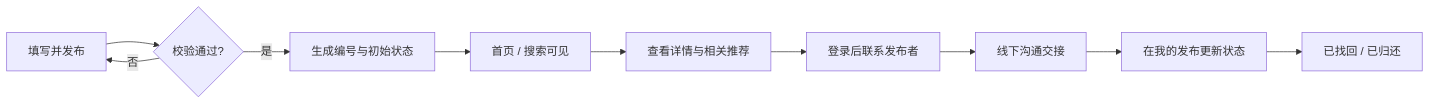
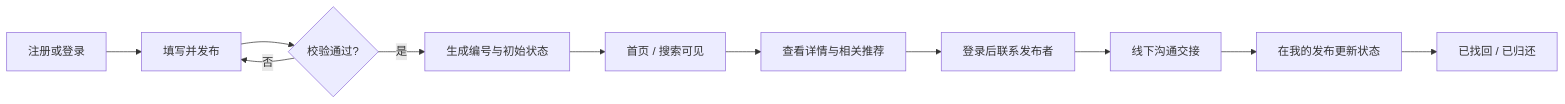
The first of 3 diagrams in README.md (5-bin/102401632-102401633), drawn with Mermaid before and after one commit. The commit also changed other lines of this file and 211 other files, not shown here.

````diff
--- a/README.md
+++ b/README.md
@@ -190,12 +240,13 @@
 ```mermaid
 flowchart LR
-    A[填写并发布] --> B{校验通过?}
+    R[注册或登录] --> A[填写并发布]
+    A --> B{校验通过?}
     B -- 否 --> A
     B -- 是 --> C[生成编号与初始状态]
     C --> D[首页 / 搜索可见]
     D --> E[查看详情与相关推荐]
     E --> F[登录后联系发布者]
     F --> G[线下沟通交接]
     G --> H[在我的发布更新状态]
     H --> I[已找回 / 已归还]
 ```
````
